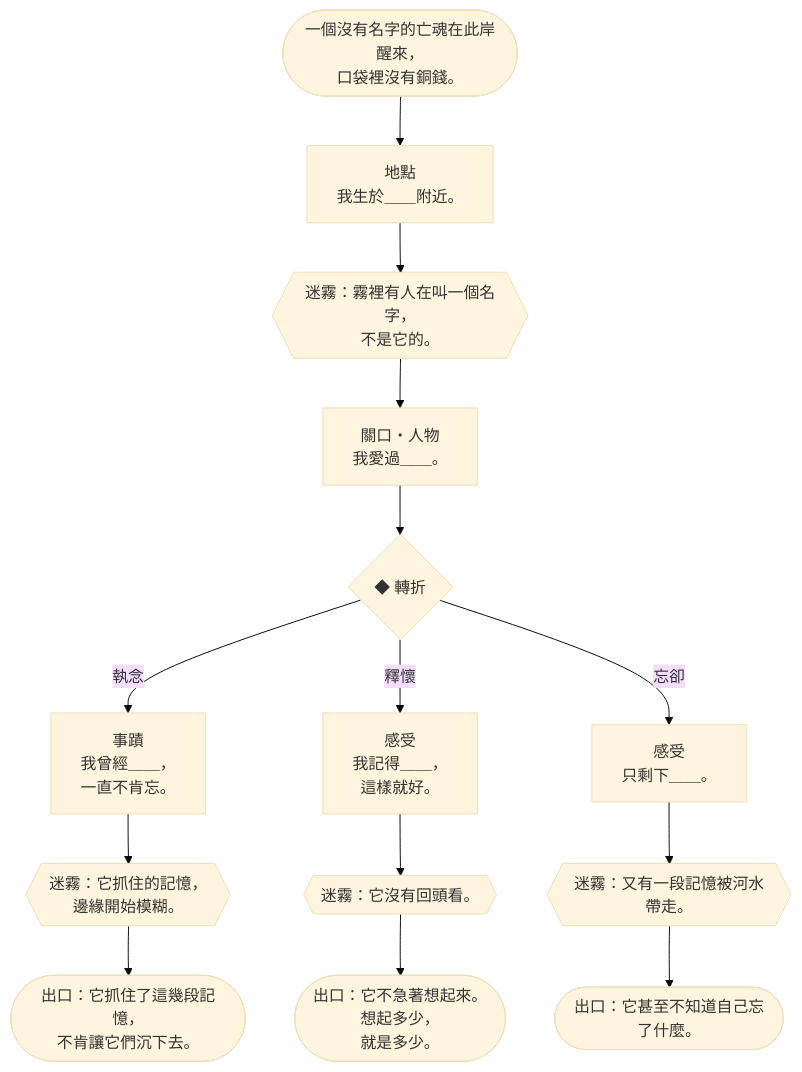
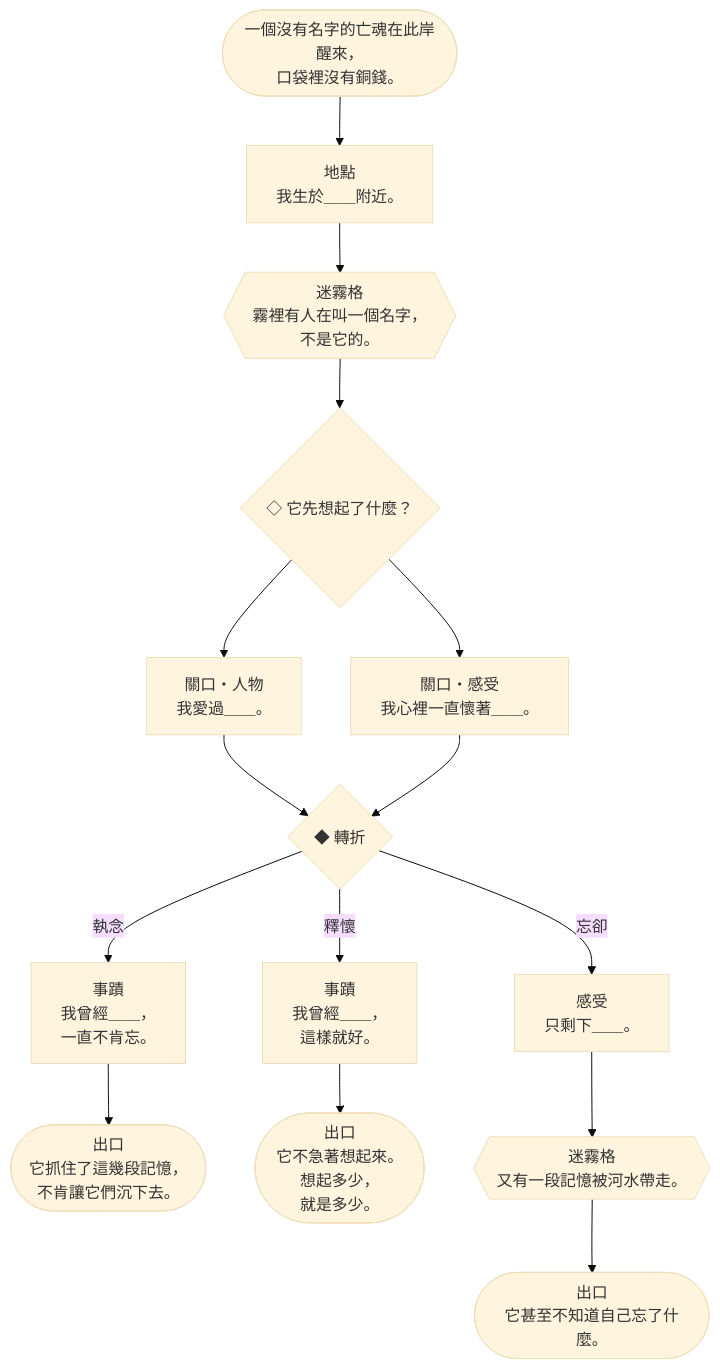
One commit to Ralph-Liu-Hub/Boardgame-Netherbloom changed diagram 13 of 15 in docs/design/V5-storybooks.zh-TW.md. Above: the diagram before and after it, drawn with Mermaid (base theme). The commit also changed other lines of this file, not shown here.

````diff
--- a/docs/design/V5-storybooks.zh-TW.md
+++ b/docs/design/V5-storybooks.zh-TW.md
@@ -797,9 +1077,30 @@
 ```mermaid
 flowchart TD
-  c0E(["一個沒有名字的亡魂在此岸醒來，<br>口袋裡沒有銅錢。"]) --> c0A
-  c0A["地點<br>我生於＿＿附近。"] --> c0M{{"迷霧：霧裡有人在叫一個名字，<br>不是它的。"}}
-  c0M --> c0B["關口・人物<br>我愛過＿＿。"] --> c0T{"◆ 轉折"}
-  c0T -- 執念 --> c0C0["事蹟<br>我曾經＿＿，<br>一直不肯忘。"] --> c0X0{{"迷霧：它抓住的記憶，<br>邊緣開始模糊。"}} --> c0O0(["出口：它抓住了這幾段記憶，<br>不肯讓它們沉下去。"])
-  c0T -- 釋懷 --> c0C1["感受<br>我記得＿＿，<br>這樣就好。"] --> c0X1{{"迷霧：它沒有回頭看。"}} --> c0O1(["出口：它不急著想起來。<br>想起多少，<br>就是多少。"])
-  c0T -- 忘卻 --> c0C2["感受<br>只剩下＿＿。"] --> c0X2{{"迷霧：又有一段記憶被河水帶走。"}} --> c0O2(["出口：它甚至不知道自己忘了什麼。"])
+  c0E(["一個沒有名字的亡魂在此岸醒來，<br>口袋裡沒有銅錢。"]) --> c0a
+  c0a["地點<br>我生於＿＿附近。"]
+  c0a --> c0x1
+  c0x1{{"迷霧格<br>霧裡有人在叫一個名字，<br>不是它的。"}}
+  c0x1 --> c0p1
+  c0p1{"◇ 它先想起了什麼？"}
+  c0p1 --> c0b1
+  c0p1 --> c0b2
+  c0b1["關口・人物<br>我愛過＿＿。"]
+  c0b1 --> c0f
+  c0b2["關口・感受<br>我心裡一直懷著＿＿。"]
+  c0b2 --> c0f
+  c0f{"◆ 轉折"}
+  c0f -- 執念 --> c0c1
+  c0f -- 釋懷 --> c0c2
+  c0f -- 忘卻 --> c0c3
+  c0c1["事蹟<br>我曾經＿＿，<br>一直不肯忘。"]
+  c0c1 --> c0o1
+  c0c2["事蹟<br>我曾經＿＿，<br>這樣就好。"]
+  c0c2 --> c0o2
+  c0c3["感受<br>只剩下＿＿。"]
+  c0c3 --> c0x2
+  c0x2{{"迷霧格<br>又有一段記憶被河水帶走。"}}
+  c0x2 --> c0o3
+  c0o1(["出口<br>它抓住了這幾段記憶，<br>不肯讓它們沉下去。"])
+  c0o2(["出口<br>它不急著想起來。<br>想起多少，<br>就是多少。"])
+  c0o3(["出口<br>它甚至不知道自己忘了什麼。"])
 ```
````
